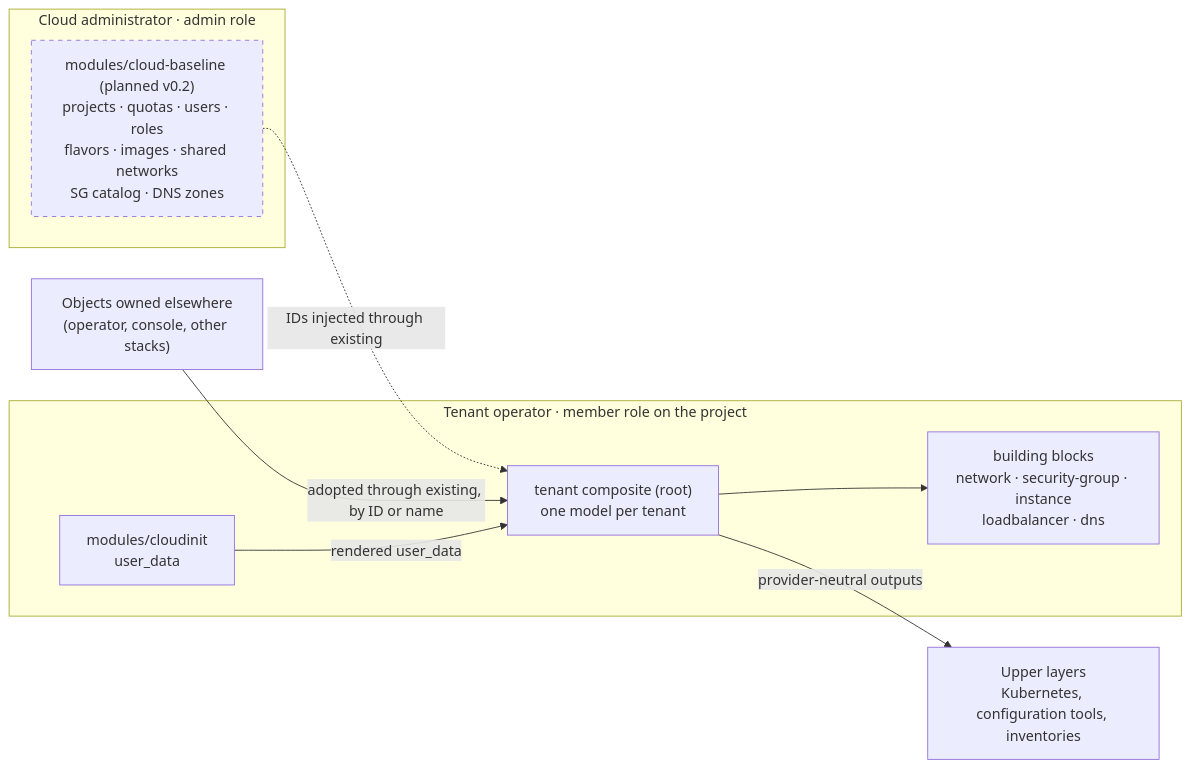
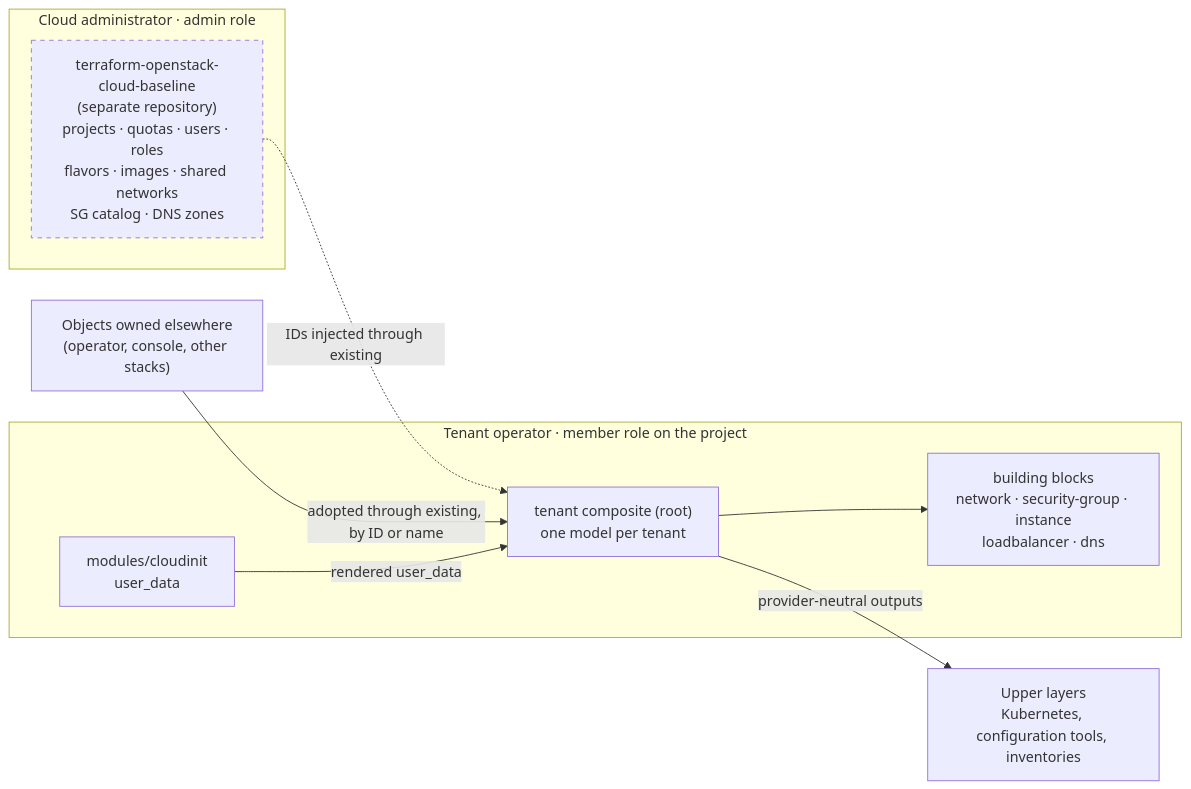
Before and after one commit to CyprisTech/terraform-openstack-tenant: the diagram in README.md, drawn with Mermaid. The commit also changed other lines of this file and 5 other files, not shown here.

First line of the commit message:
cloud-baseline moved to its own repository

````diff
--- a/README.md
+++ b/README.md
@@ -75,18 +75,18 @@
 ```mermaid
 flowchart LR
     subgraph admin["Cloud administrator · admin role"]
-        B["modules/cloud-baseline (planned v0.2)<br/>projects · quotas · users · roles<br/>flavors · images · shared networks<br/>SG catalog · DNS zones"]
+        B["terraform-openstack-cloud-baseline<br/>(separate repository)<br/>projects · quotas · users · roles<br/>flavors · images · shared networks<br/>SG catalog · DNS zones"]
     end
     subgraph tenant["Tenant operator · member role on the project"]
         T["tenant composite (root)<br/>one model per tenant"]
         BB["building blocks<br/>network · security-group · instance<br/>loadbalancer · dns"]
         C["modules/cloudinit<br/>user_data"]
         T --> BB
     end
     X["Objects owned elsewhere<br/>(operator, console, other stacks)"]
     B -. "IDs injected through existing" .-> T
     X -- "adopted through existing, by ID or name" --> T
     C -- "rendered user_data" --> T
     T -- "provider-neutral outputs" --> U["Upper layers<br/>Kubernetes, configuration tools, inventories"]
     style B stroke-dasharray: 5 5
 ```
````
